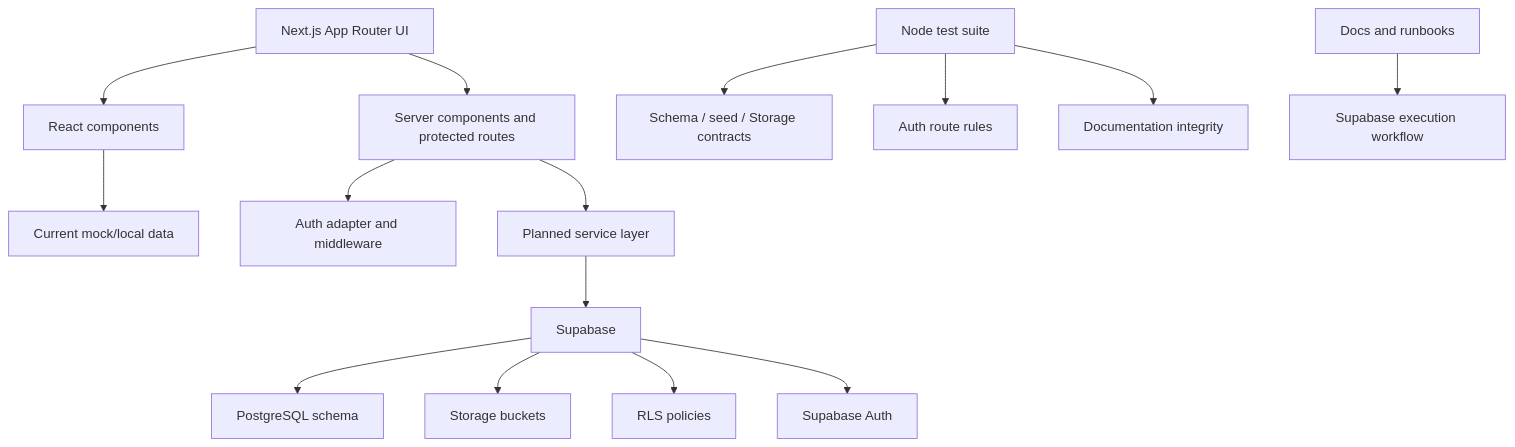
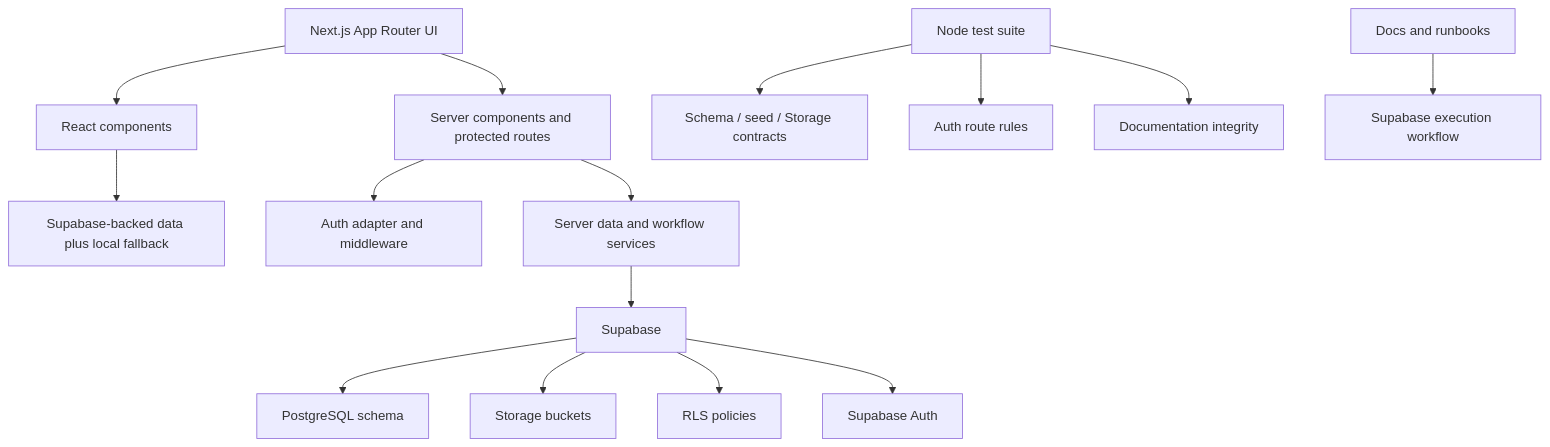
One commit to moirakk/GatherUp changed the third of 4 diagrams in docs/project-architecture-brief-v0.1.md. Above: the diagram before and after it, drawn with Mermaid. The commit also changed other lines of this file and 3 other files, not shown here.

````diff
--- a/docs/project-architecture-brief-v0.1.md
+++ b/docs/project-architecture-brief-v0.1.md
@@ -100,21 +102,21 @@
 ```mermaid
 flowchart TB
   UI["Next.js App Router UI"] --> Components["React components"]
   UI --> Routes["Server components and protected routes"]
-  Components --> Mock["Current mock/local data"]
+  Components --> Data["Supabase-backed data plus local fallback"]
 
   Routes --> Auth["Auth adapter and middleware"]
-  Routes --> FutureServices["Planned service layer"]
+  Routes --> Services["Server data and workflow services"]
 
-  FutureServices --> Supabase["Supabase"]
+  Services --> Supabase["Supabase"]
   Supabase --> DB["PostgreSQL schema"]
   Supabase --> Storage["Storage buckets"]
   Supabase --> RLS["RLS policies"]
   Supabase --> AuthDB["Supabase Auth"]
 
   Tests["Node test suite"] --> SQLContracts["Schema / seed / Storage contracts"]
   Tests --> AuthRules["Auth route rules"]
   Tests --> DocsRules["Documentation integrity"]
 
   Docs["Docs and runbooks"] --> Execution["Supabase execution workflow"]
 ```
````
